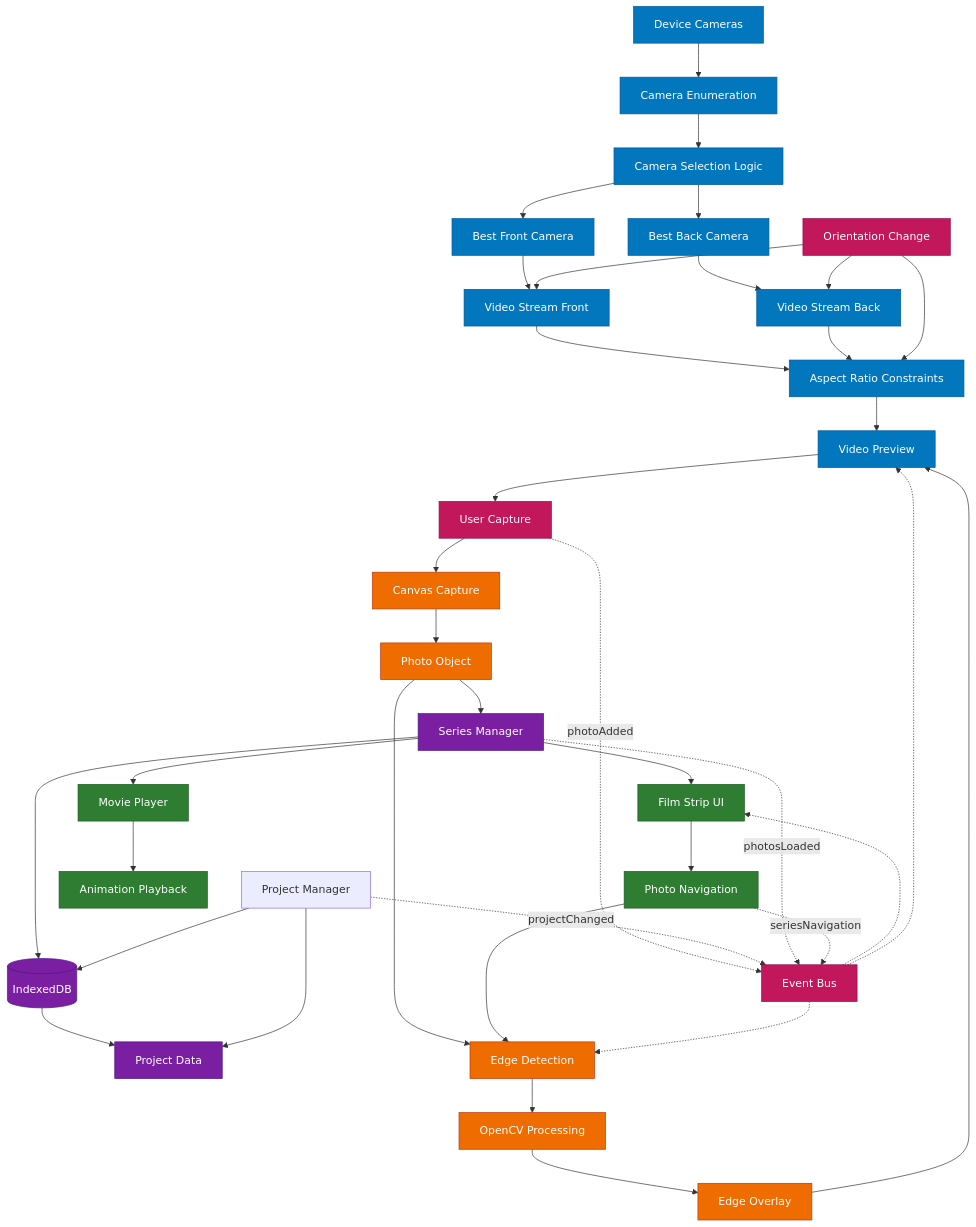
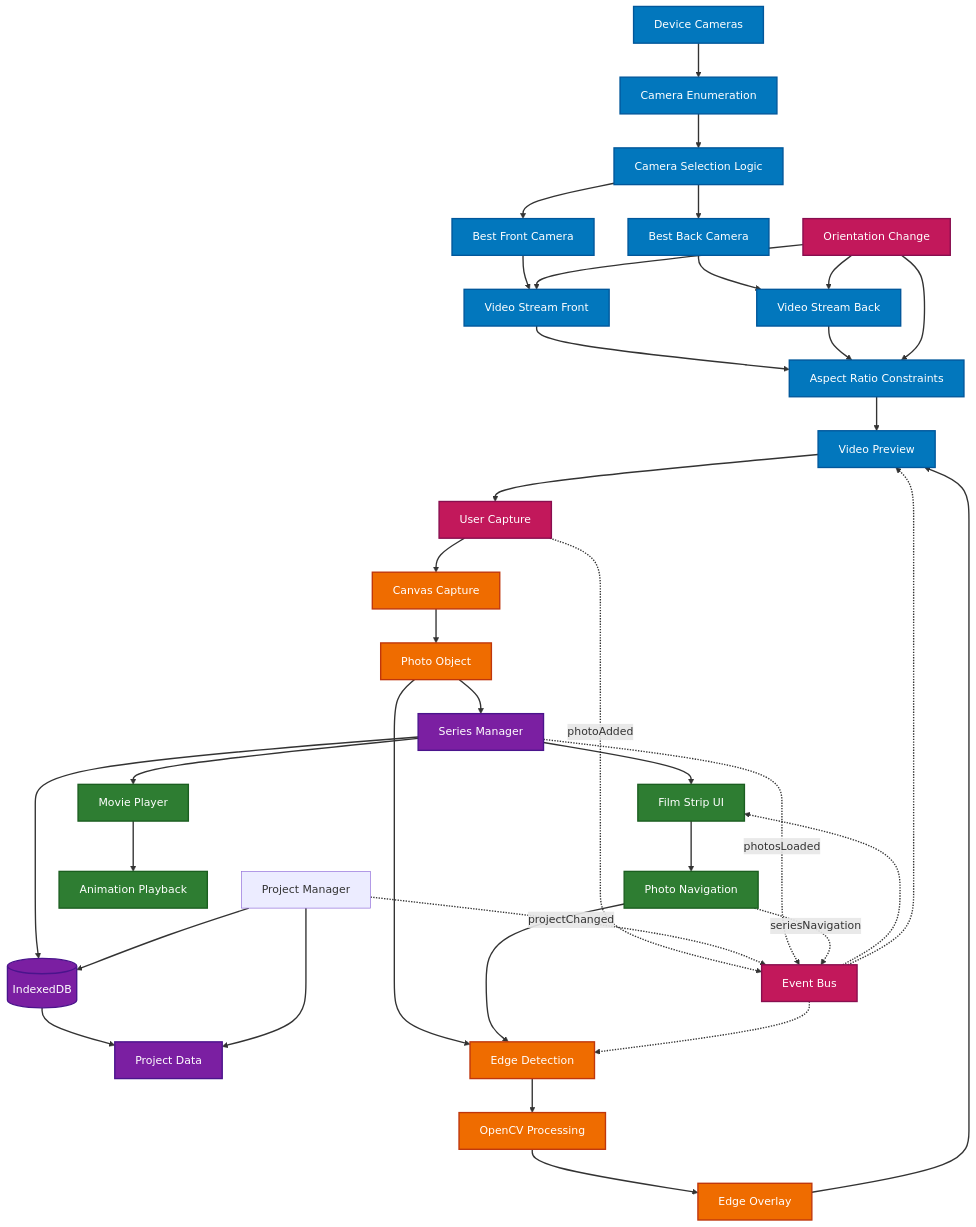
One commit to hamburger1984/edge-snap changed the second of 3 diagrams in docs/TECHNICAL_DOCUMENTATION.md. Above: the diagram before and after it, drawn with Mermaid. The commit also changed other lines of this file, not shown here.

First line of the commit message:
fix(docs): Improve arrow and stroke visibility in mermaid diagrams

````diff
--- a/docs/TECHNICAL_DOCUMENTATION.md
+++ b/docs/TECHNICAL_DOCUMENTATION.md
@@ -82,71 +99,74 @@
 ```mermaid
 flowchart TD
     %% Device Layer
     DC[Device Cameras] --> CE[Camera Enumeration]
     CE --> CS[Camera Selection Logic]
     CS --> BFC[Best Front Camera]
     CS --> BBC[Best Back Camera]
     
     %% Camera Stream Layer
     BFC --> VSF[Video Stream Front]
     BBC --> VSB[Video Stream Back]
     VSF --> ARC[Aspect Ratio Constraints]
     VSB --> ARC
     ARC --> VP[Video Preview]
     
     %% User Interaction Layer
     VP --> UC[User Capture]
     UC --> CC[Canvas Capture]
     CC --> PO[Photo Object]
     
     %% Storage Layer
     PO --> SM[Series Manager]
     SM --> IDB[(IndexedDB)]
     IDB --> PD[Project Data]
     
     %% Edge Detection Pipeline
     PO --> ED[Edge Detection]
     ED --> OCV[OpenCV Processing]
     OCV --> EO[Edge Overlay]
     EO --> VP
     
     %% UI Layer
     SM --> FS[Film Strip UI]
     FS --> PN[Photo Navigation]
     PN --> ED
     
     %% Movie Playback
     SM --> MP[Movie Player]
     MP --> AP[Animation Playback]
     
     %% Event System
     UC -.->|photoAdded| EA[Event Bus]
     PM -.->|projectChanged| EA
     SM -.->|photosLoaded| EA
     PN -.->|seriesNavigation| EA
     EA -.-> ED
     EA -.-> FS
     EA -.-> VP
     
     %% Project Management
     PM[Project Manager] --> IDB
     PM --> PD
     
     %% Orientation Handling
     OR[Orientation Change] --> ARC
     OR --> VSF
     OR --> VSB
     
     %% Component Styling with proper contrast for dark/light mode
-    classDef camera fill:#0277bd,color:#ffffff,stroke:#01579b
-    classDef storage fill:#7b1fa2,color:#ffffff,stroke:#4a148c
-    classDef ui fill:#2e7d32,color:#ffffff,stroke:#1b5e20
-    classDef processing fill:#ef6c00,color:#ffffff,stroke:#bf360c
-    classDef events fill:#c2185b,color:#ffffff,stroke:#880e4f
+    classDef camera fill:#0277bd,color:#ffffff,stroke:#01579b,stroke-width:2px
+    classDef storage fill:#7b1fa2,color:#ffffff,stroke:#4a148c,stroke-width:2px
+    classDef ui fill:#2e7d32,color:#ffffff,stroke:#1b5e20,stroke-width:2px
+    classDef processing fill:#ef6c00,color:#ffffff,stroke:#bf360c,stroke-width:2px
+    classDef events fill:#c2185b,color:#ffffff,stroke:#880e4f,stroke-width:2px
     
     class DC,CE,CS,BFC,BBC,VSF,VSB,ARC,VP camera
     class SM,IDB,PD storage
     class FS,PN,MP,AP ui
     class ED,OCV,EO,CC,PO processing
     class EA,UC,OR events
+    
+    %% Link styling for better arrow visibility in data flow
+    linkStyle default stroke:#333333,stroke-width:2px
 ```
````
